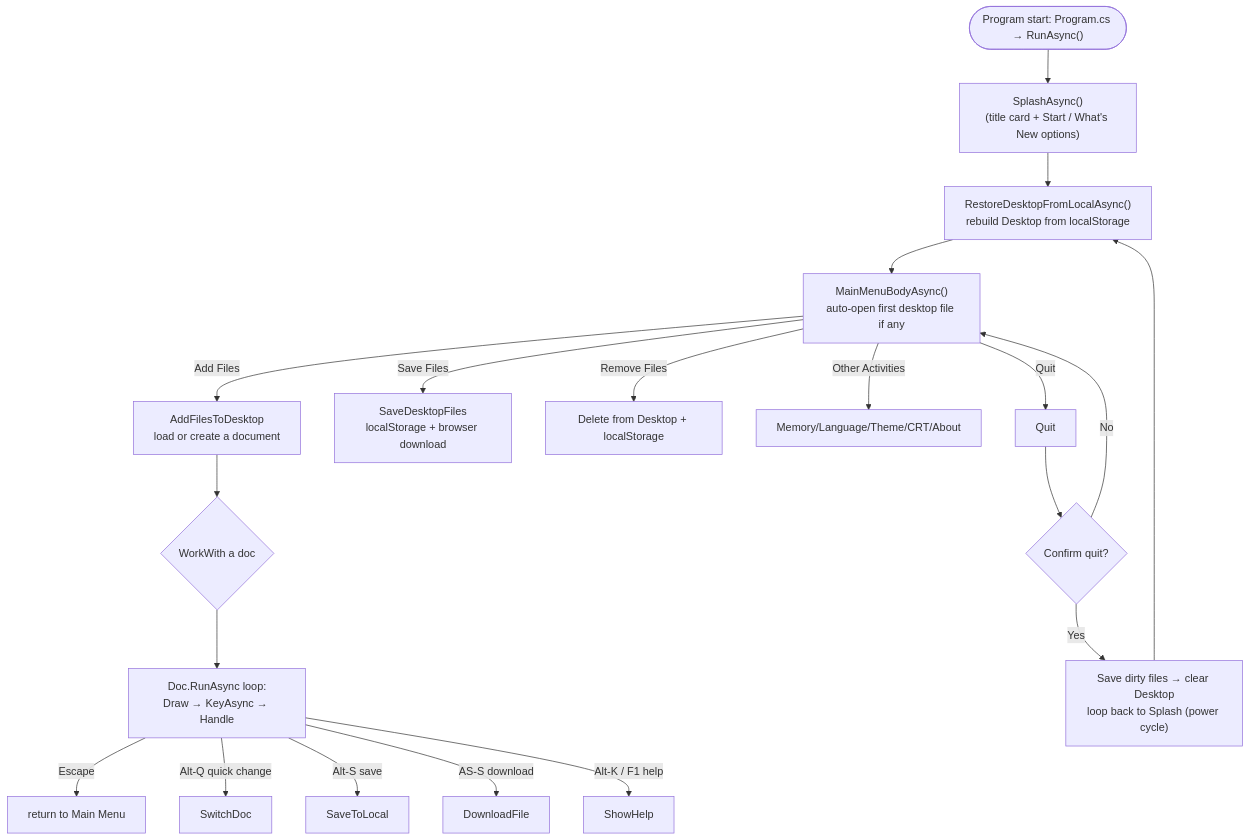
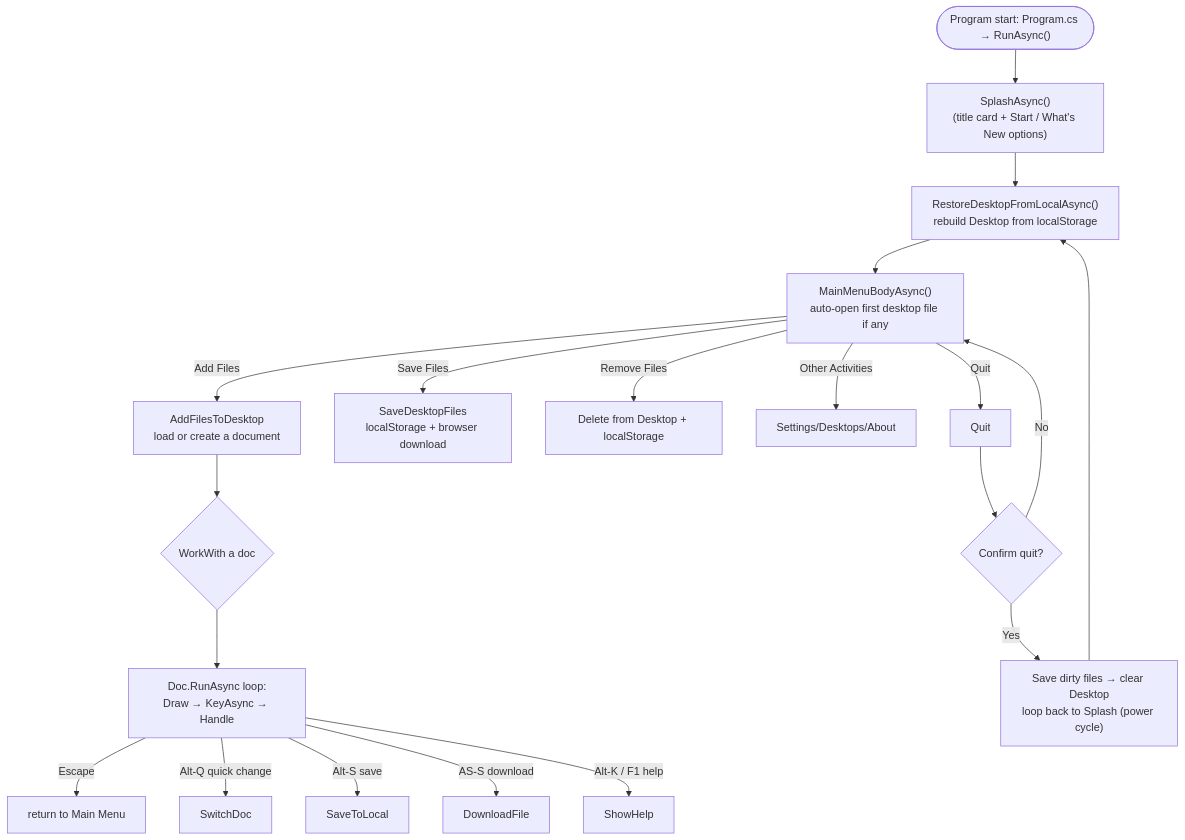
Before and after one commit to AuriR/RetroworksBlazor: the fourth of 5 diagrams in Architecture.md, drawn with Mermaid. The commit also changed other lines of this file and 12 other files, not shown here.

````diff
--- a/Architecture.md
+++ b/Architecture.md
@@ -255,25 +255,25 @@
 ```mermaid
 flowchart TD
     Start(["Program start: Program.cs → RunAsync()"]) --> Splash["SplashAsync()<br/>(title card + Start / What's New options)"]
     Splash --> Restore["RestoreDesktopFromLocalAsync()<br/>rebuild Desktop from localStorage"]
     Restore --> MainMenu["MainMenuBodyAsync()<br/>auto-open first desktop file if any"]
 
     MainMenu -->|Add Files| AddFiles["AddFilesToDesktop<br/>load or create a document"]
     AddFiles --> WorkDoc{"WorkWith a doc"}
     WorkDoc --> DocLoop["Doc.RunAsync loop:<br/>Draw → KeyAsync → Handle"]
     DocLoop -->|Escape| BackToMenu["return to Main Menu"]
     DocLoop -->|Alt-Q quick change| SwitchDoc
     DocLoop -->|Alt-S save| SaveToLocal
     DocLoop -->|AS-S download| DownloadFile
     DocLoop -->|Alt-K / F1 help| ShowHelp
 
     MainMenu -->|Save Files| SaveAll["SaveDesktopFiles<br/>localStorage + browser download"]
     MainMenu -->|Remove Files| RemoveDoc["Delete from Desktop + localStorage"]
-    MainMenu -->|Other Activities| OtherActivities["Memory/Language/Theme/CRT/About"]
+    MainMenu -->|Other Activities| OtherActivities["Settings/Desktops/About"]
     MainMenu -->|Quit| Quit
 
     Quit --> Confirm{"Confirm quit?"}
     Confirm -->|Yes| PowerOff["Save dirty files → clear Desktop<br/>loop back to Splash (power cycle)"]
     Confirm -->|No| MainMenu
     PowerOff --> Restore
 ```
````
